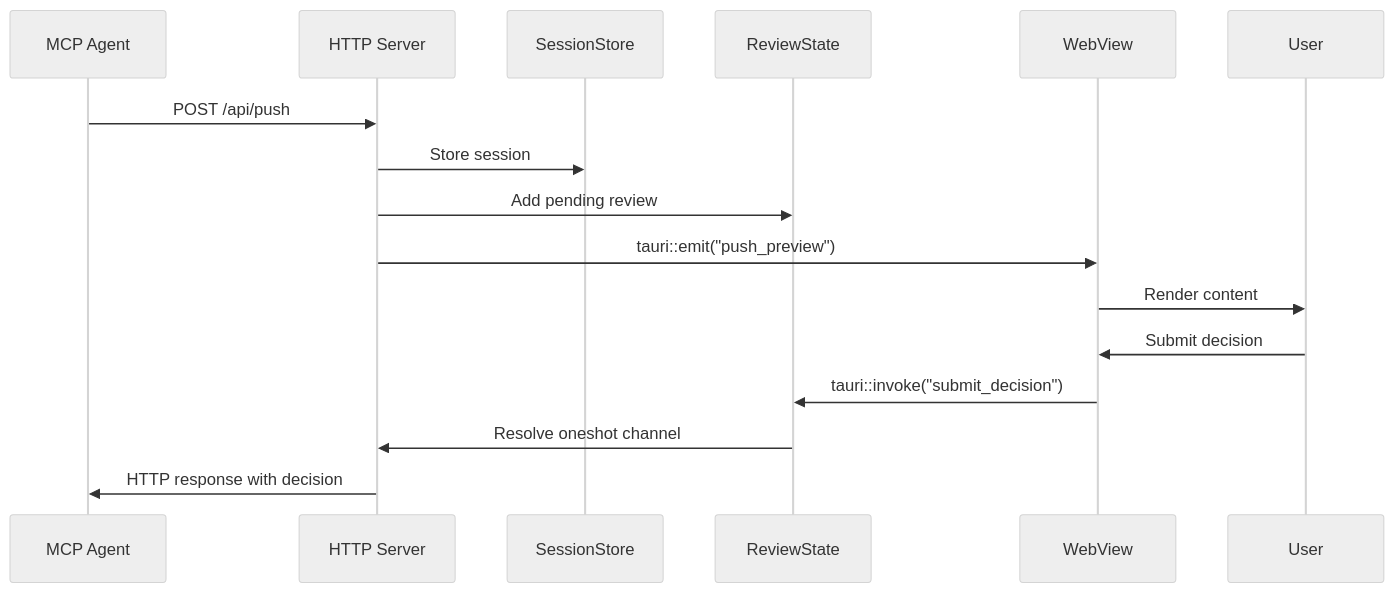
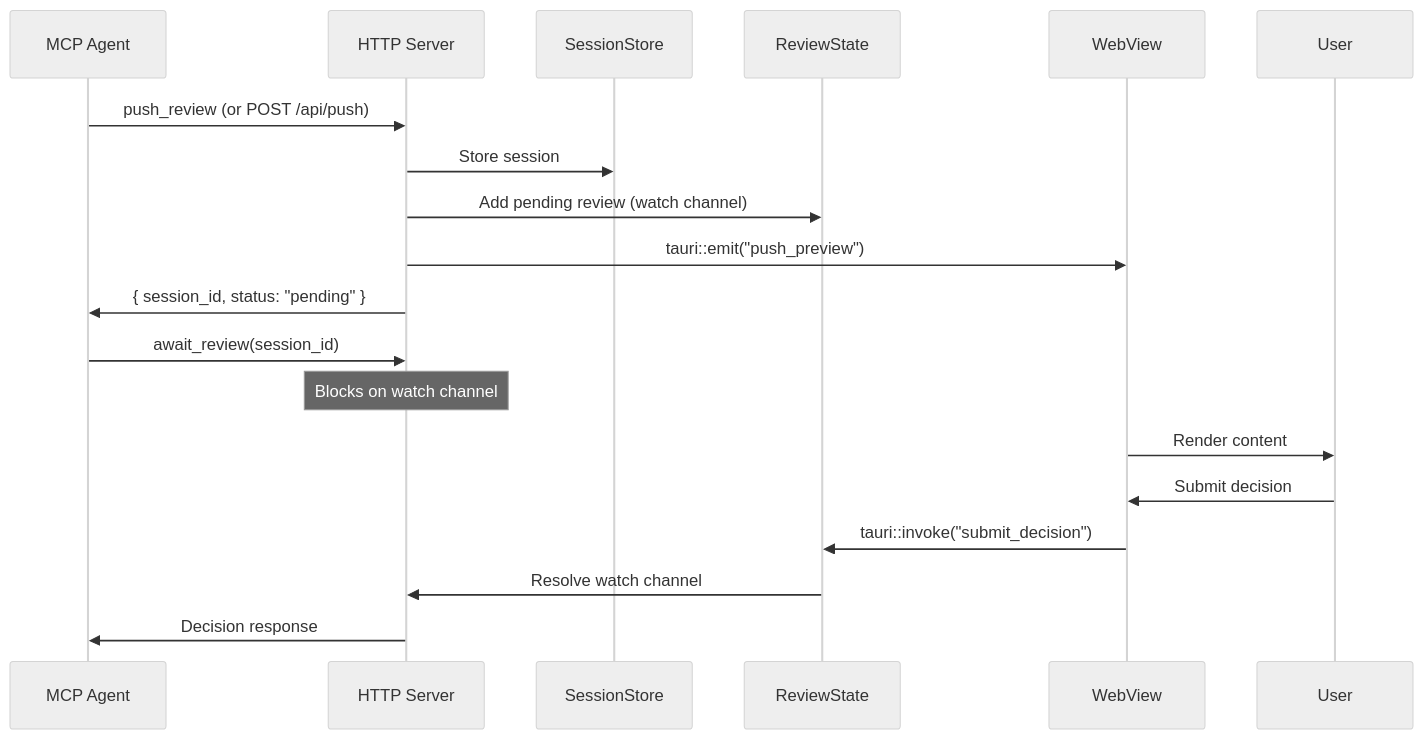
Before and after one commit to DeeJanuz/mcp-mux: the first of 4 diagrams in docs/architecture.md, drawn with Mermaid (neutral theme). The commit also changed other lines of this file and 9 other files, not shown here.

First line of the commit message:
feat: non-blocking push_review with reconnectable await_review

````diff
--- a/docs/architecture.md
+++ b/docs/architecture.md
@@ -11,19 +11,22 @@
 ```mermaid
 sequenceDiagram
     participant Agent as MCP Agent
     participant HTTP as HTTP Server
     participant Store as SessionStore
     participant Review as ReviewState
     participant WebView as WebView
     participant User as User
 
-    Agent->>HTTP: POST /api/push
+    Agent->>HTTP: push_review (or POST /api/push)
     HTTP->>Store: Store session
-    HTTP->>Review: Add pending review
+    HTTP->>Review: Add pending review (watch channel)
     HTTP->>WebView: tauri::emit("push_preview")
+    HTTP->>Agent: { session_id, status: "pending" }
+    Agent->>HTTP: await_review(session_id)
+    Note over HTTP: Blocks on watch channel
     WebView->>User: Render content
     User->>WebView: Submit decision
     WebView->>Review: tauri::invoke("submit_decision")
-    Review->>HTTP: Resolve oneshot channel
-    HTTP->>Agent: HTTP response with decision
+    Review->>HTTP: Resolve watch channel
+    HTTP->>Agent: Decision response
 ```
````
